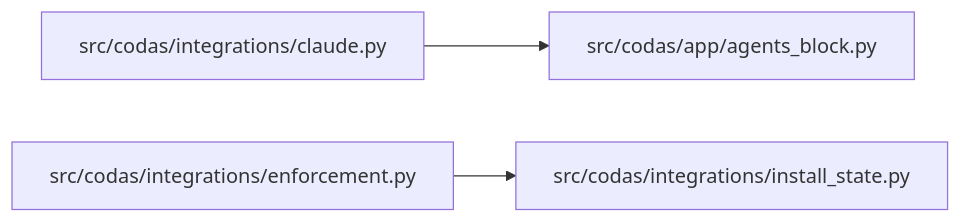
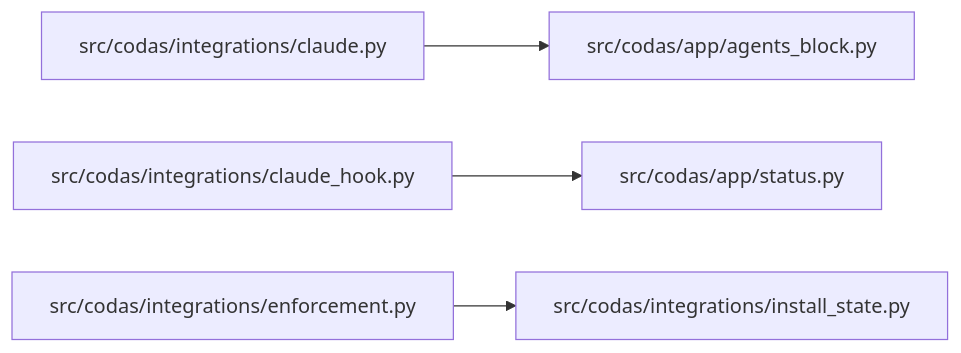
The diagram in wiki/role-integrations.md (oydodo/codas), drawn with Mermaid before and after one commit. The commit also changed other lines of this file and 19 other files, not shown here.

````diff
--- a/wiki/role-integrations.md
+++ b/wiki/role-integrations.md
@@ -55,9 +72,12 @@
 ```mermaid
 graph LR
   n0["src/codas/app/agents_block.py"]
-  n1["src/codas/integrations/claude.py"]
-  n2["src/codas/integrations/enforcement.py"]
-  n3["src/codas/integrations/install_state.py"]
-  n1 --> n0
-  n2 --> n3
+  n1["src/codas/app/status.py"]
+  n2["src/codas/integrations/claude.py"]
+  n3["src/codas/integrations/claude_hook.py"]
+  n4["src/codas/integrations/enforcement.py"]
+  n5["src/codas/integrations/install_state.py"]
+  n2 --> n0
+  n3 --> n1
+  n4 --> n5
 ```
````
